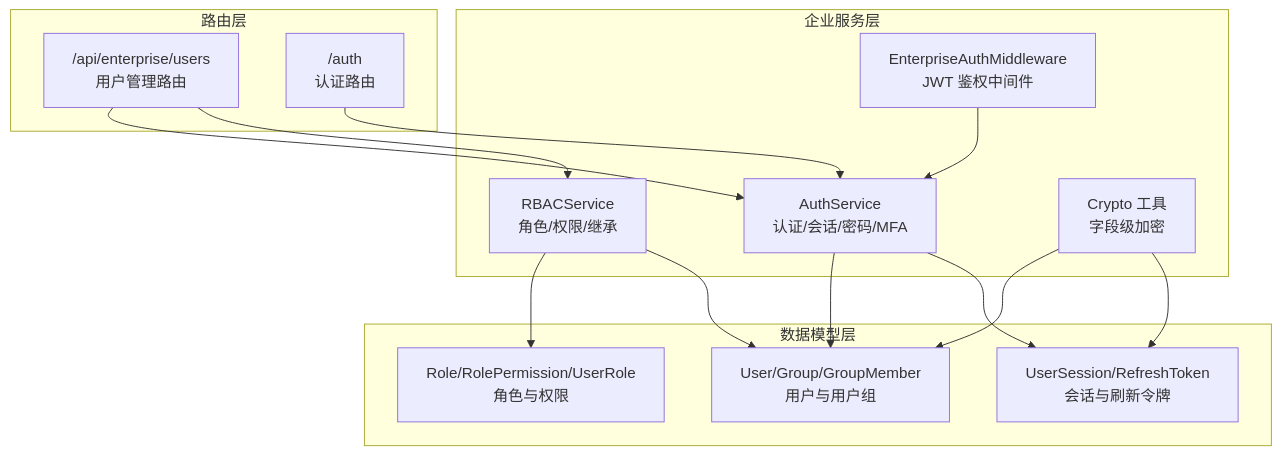
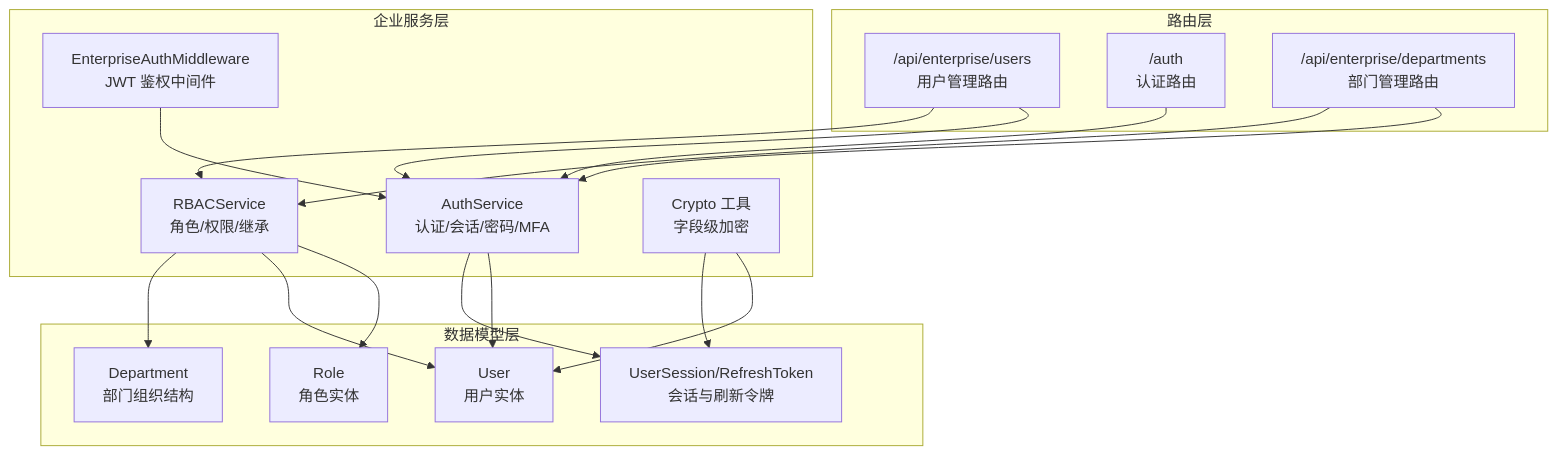
The first of 9 diagrams in .qoder/repowiki/zh/content/企业功能/用户管理.md (joezxh/CoPaw), drawn with Mermaid before and after one commit. The commit also changed other lines of this file and 20 other files, not shown here.

````diff
--- a/.qoder/repowiki/zh/content/企业功能/用户管理.md
+++ b/.qoder/repowiki/zh/content/企业功能/用户管理.md
@@ -37,28 +51,33 @@
 ```mermaid
 graph TB
 subgraph "路由层"
 RUsers["/api/enterprise/users<br/>用户管理路由"]
 RAuth["/auth<br/>认证路由"]
+RDepartments["/api/enterprise/departments<br/>部门管理路由"]
 end
 subgraph "企业服务层"
 SAuth["AuthService<br/>认证/会话/密码/MFA"]
 SRBAC["RBACService<br/>角色/权限/继承"]
 SMW["EnterpriseAuthMiddleware<br/>JWT 鉴权中间件"]
 SCrypto["Crypto 工具<br/>字段级加密"]
 end
 subgraph "数据模型层"
-MUser["User/Group/GroupMember<br/>用户与用户组"]
-MRole["Role/RolePermission/UserRole<br/>角色与权限"]
+MUser["User<br/>用户实体"]
+MRole["Role<br/>角色实体"]
+MDept["Department<br/>部门组织结构"]
 MSess["UserSession/RefreshToken<br/>会话与刷新令牌"]
 end
 RUsers --> SAuth
 RUsers --> SRBAC
 RAuth --> SAuth
+RDepartments --> SAuth
+RDepartments --> SRBAC
 SMW --> SAuth
 SAuth --> MUser
 SAuth --> MSess
 SRBAC --> MRole
 SRBAC --> MUser
+SRBAC --> MDept
 SCrypto --> MUser
 SCrypto --> MSess
 ```
````
